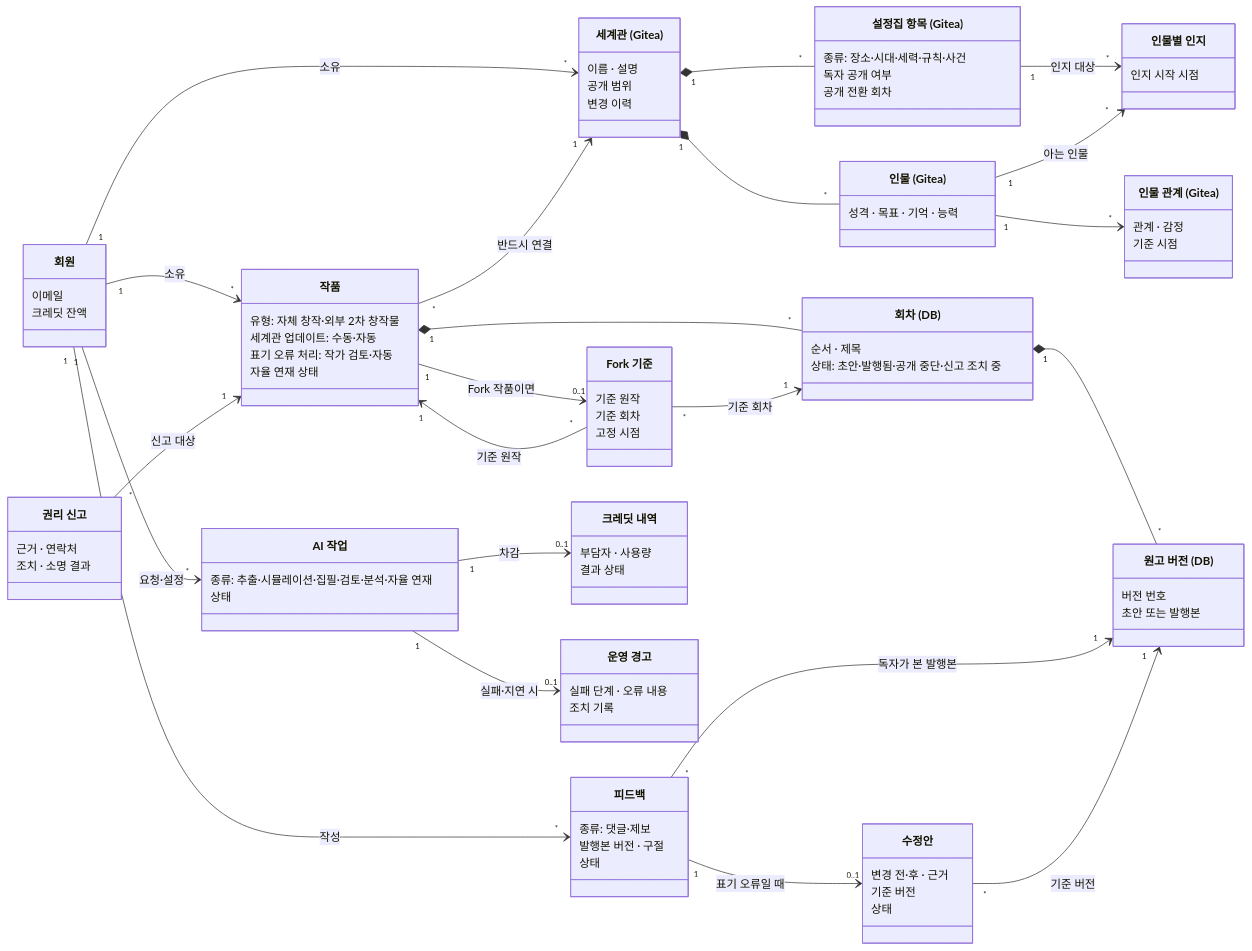
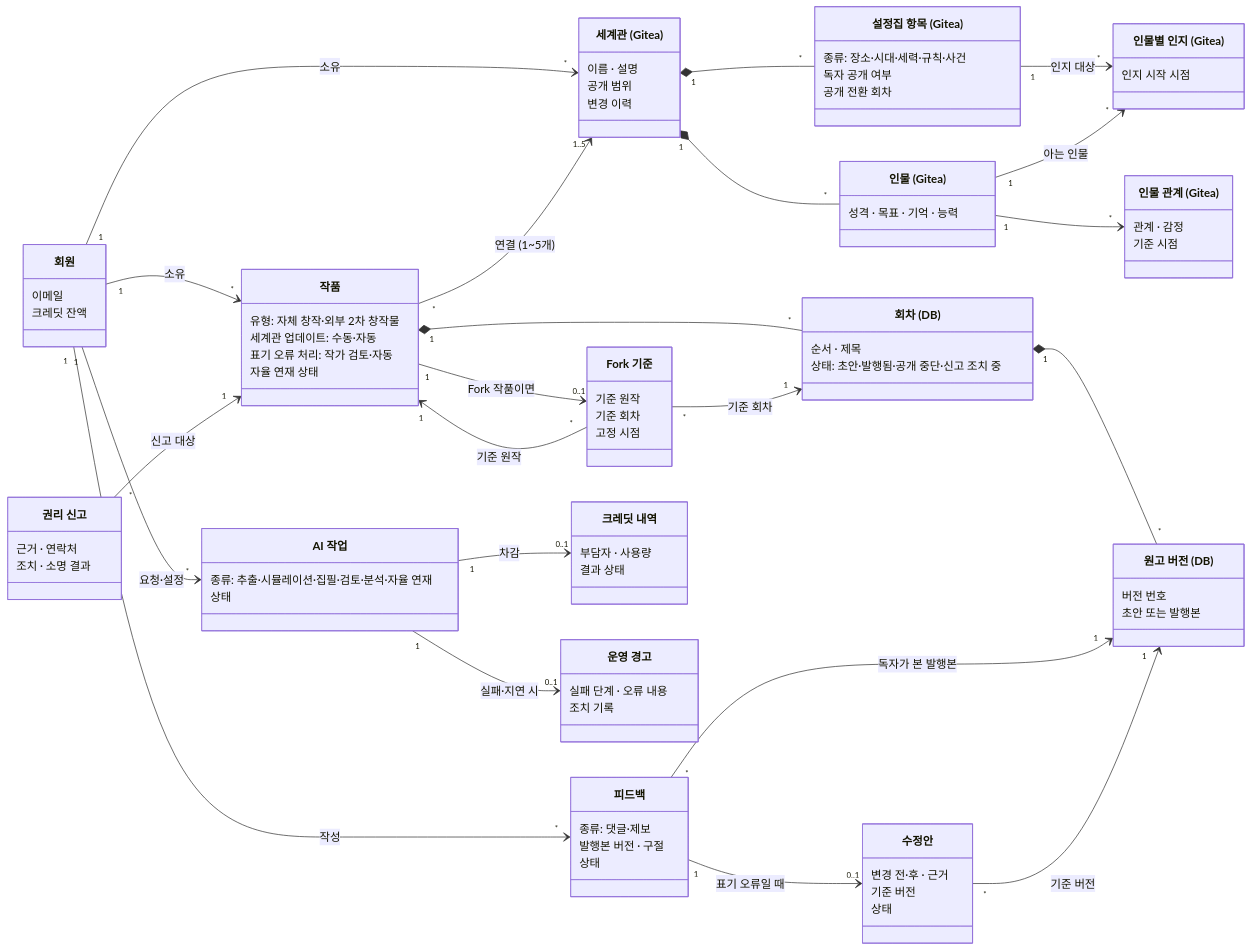
One commit to SKNETWORKS-FAMILY-AICAMP/SKN34-FINAL-4TEAM changed the diagram in docs/diagrams/class.md. Above: the diagram before and after it, drawn with Mermaid. The commit also changed other lines of this file and 8 other files, not shown here.

```diff
--- a/docs/diagrams/class.md
+++ b/docs/diagrams/class.md
@@ -25,7 +25,7 @@
     관계 · 감정
     기준 시점
   }
-  class Knowledge["인물별 인지"] {
+  class Knowledge["인물별 인지 (Gitea)"] {
     인지 시작 시점
   }
   class Work["작품"] {
@@ -80,7 +80,7 @@
   Character "1" --> "*" Relation
   SettingItem "1" --> "*" Knowledge : 인지 대상
   Character "1" --> "*" Knowledge : 아는 인물
-  Work "*" --> "1" Worldview : 반드시 연결
+  Work "*" --> "1..5" Worldview : 연결 (1~5개)
   Work "1" *-- "*" Episode
   Episode "1" *-- "*" Manuscript
   Work "1" --> "0..1" ForkInfo : Fork 작품이면
```
